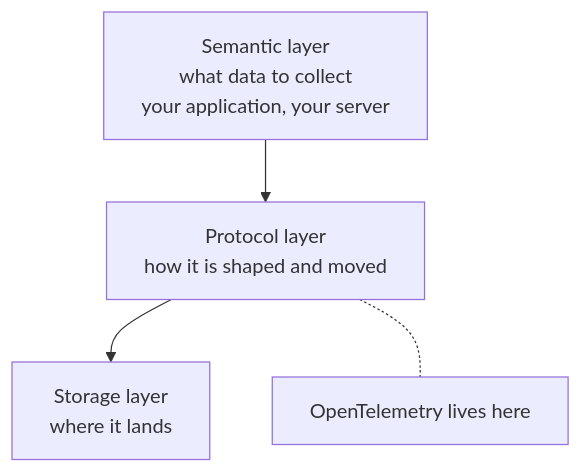
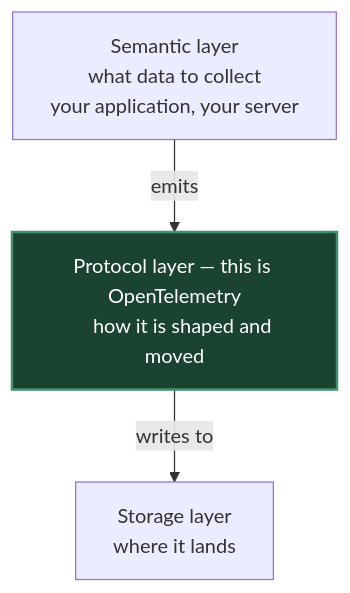
Before and after one commit to Dummy-Bug/system-design-handbook: the fourth of 6 diagrams in Backend Engineering/19-Self-Hosted-Observability/01-OpenTelemetry.md, drawn with Mermaid. The commit also changed other lines of this file and 10 other files, not shown here.

````diff
--- a/Backend Engineering/19-Self-Hosted-Observability/01-OpenTelemetry.md
+++ b/Backend Engineering/19-Self-Hosted-Observability/01-OpenTelemetry.md
@@ -59,12 +59,12 @@
 ```mermaid
 flowchart TB
     S["Semantic layer
     what data to collect
     your application, your server"]
-    P["Protocol layer
+    P["Protocol layer — this is OpenTelemetry
     how it is shaped and moved"]
     ST["Storage layer
     where it lands"]
-    S --> P --> ST
-    P -.- NOTE["OpenTelemetry lives here"]
+    S -->|emits| P -->|writes to| ST
+    style P fill:#1b4332,color:#ffffff,stroke:#40916c,stroke-width:2px
 ```
````
